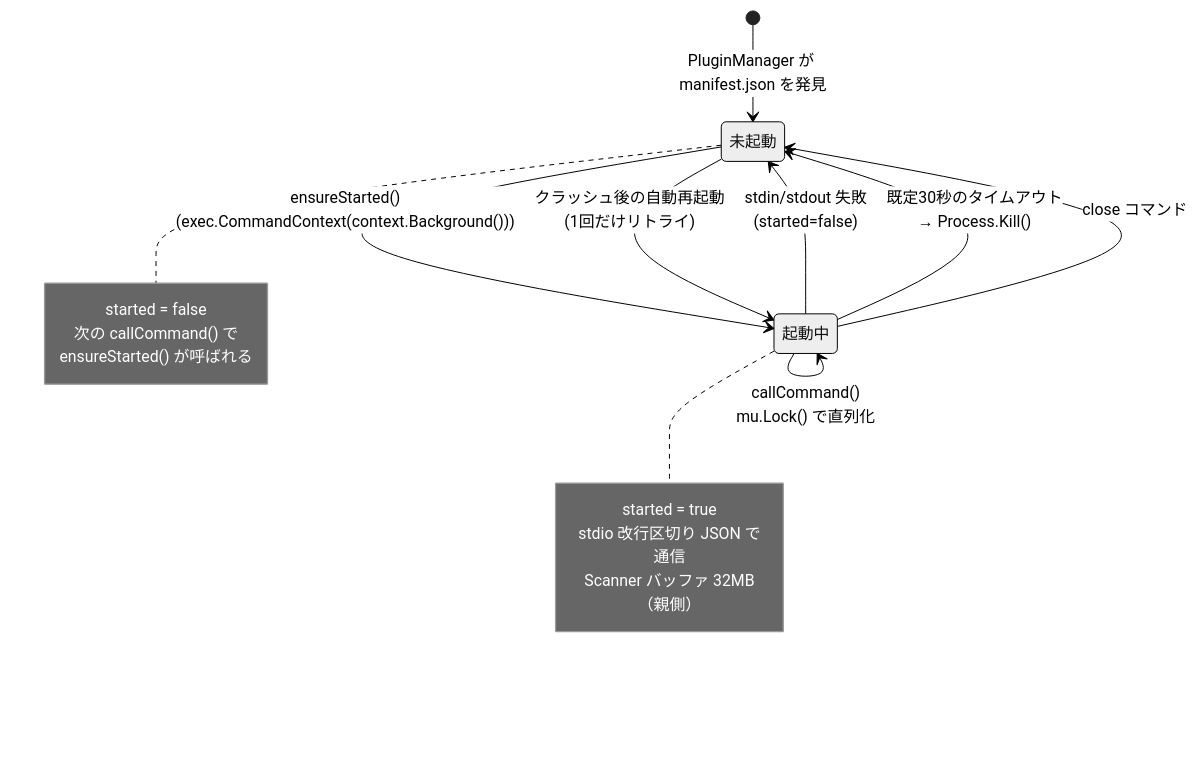
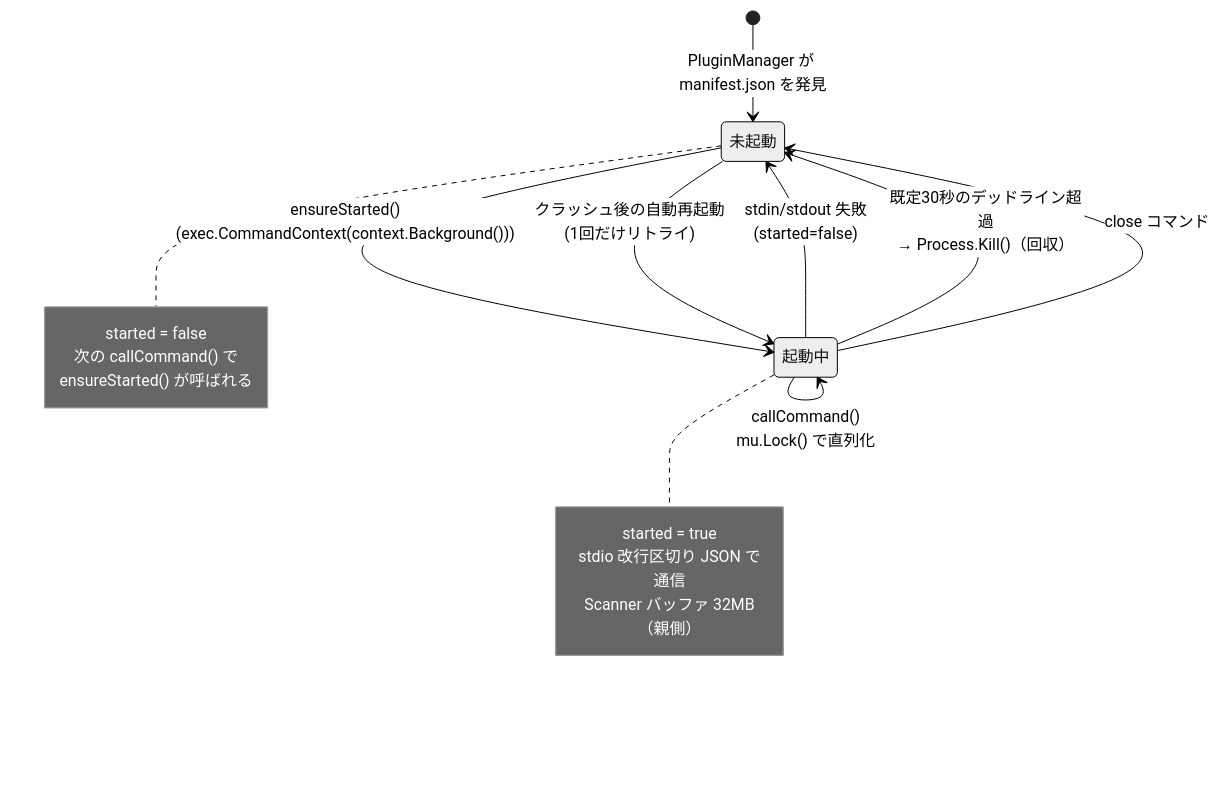
One commit to mt3hr/gkill changed the ninth of 10 diagrams in documents/reverse/state-machines.md. Above: the diagram before and after it, drawn with Mermaid (neutral theme). The commit also changed other lines of this file and 13 other files, not shown here.

````diff
--- a/documents/reverse/state-machines.md
+++ b/documents/reverse/state-machines.md
@@ -372,26 +372,26 @@
 ```mermaid
 stateDiagram-v2
     [*] --> 未起動: PluginManager が manifest.json を発見
 
     未起動 --> 起動中: ensureStarted()<br>(exec.CommandContext(context.Background()))
 
     起動中 --> 起動中: callCommand()<br>mu.Lock() で直列化
 
     起動中 --> 未起動: stdin/stdout 失敗<br>(started=false)
-    起動中 --> 未起動: 既定30秒のタイムアウト<br>→ Process.Kill()
+    起動中 --> 未起動: 既定30秒のデッドライン超過<br>→ Process.Kill()（回収）
     起動中 --> 未起動: close コマンド
 
     未起動 --> 起動中: クラッシュ後の自動再起動<br>(1回だけリトライ)
 
     note right of 起動中
         started = true
         stdio 改行区切り JSON で通信
         Scanner バッファ 32MB（親側）
     end note
 
     note right of 未起動
         started = false
         次の callCommand() で
         ensureStarted() が呼ばれる
     end note
 ```
````
